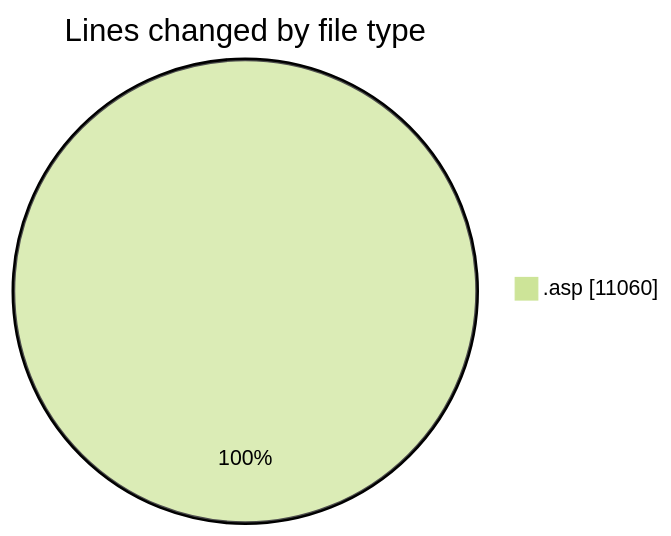
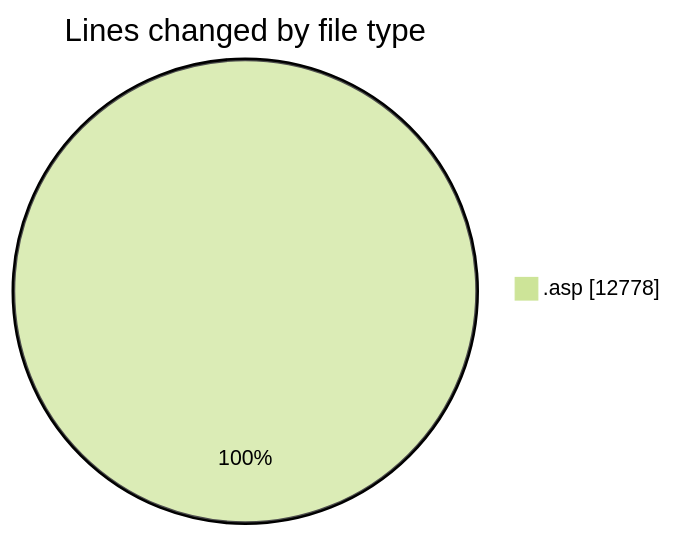
Before and after one commit to julien-gomy/code-tracking: the first of 2 diagrams in 2025-11-27/cdp_aleoudev_fr__workspace_/README.md, drawn with Mermaid (forest theme). The commit also changed other lines of this file and 1 other file, not shown here.

````diff
--- a/2025-11-27/cdp_aleoudev_fr__workspace_/README.md
+++ b/2025-11-27/cdp_aleoudev_fr__workspace_/README.md
@@ -27,5 +28,5 @@
 ```mermaid
 pie showData
 title Lines changed by file type
-".asp" : 11060
+".asp" : 12778
 ```
````
